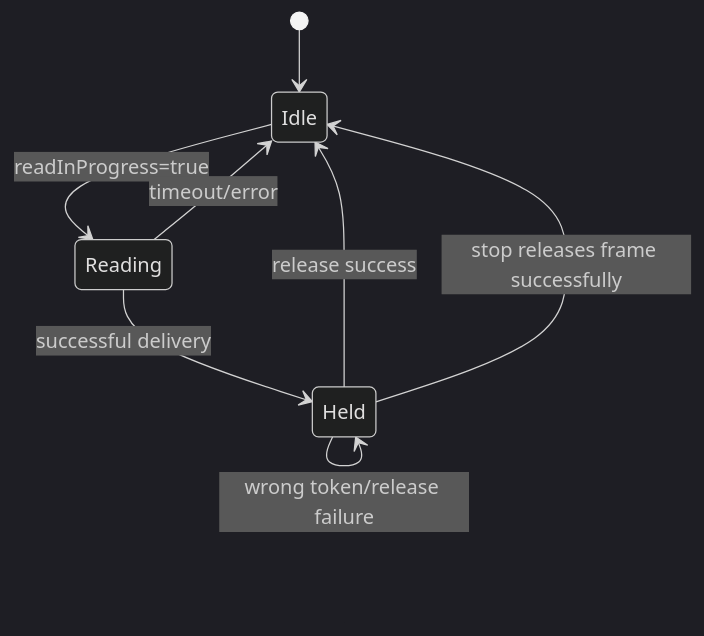
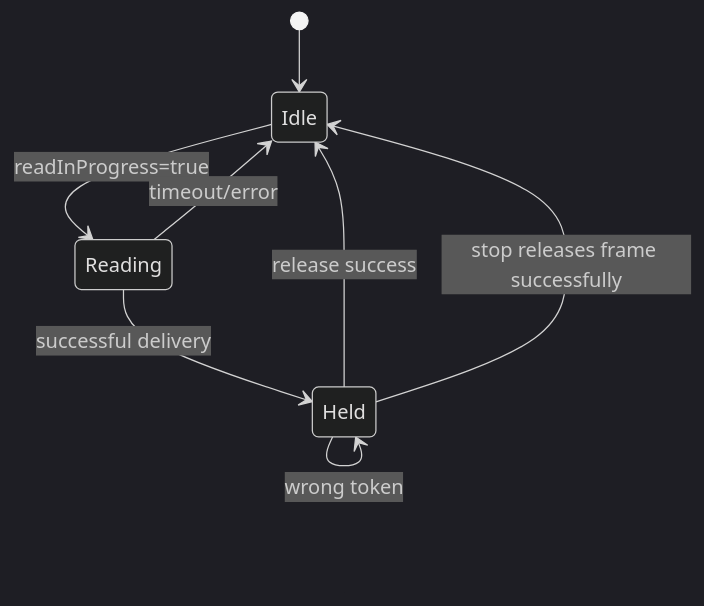
One commit to MarquezLin/GVFG_Standalone changed the third of 3 diagrams in docs/GVFG_FRAME_FLOW_AND_STATE.md. Above: the diagram before and after it, drawn with Mermaid (dark theme). The commit also changed other lines of this file and 26 other files, not shown here.

````diff
--- a/docs/GVFG_FRAME_FLOW_AND_STATE.md
+++ b/docs/GVFG_FRAME_FLOW_AND_STATE.md
@@ -235,11 +232,11 @@
 ```mermaid
 stateDiagram-v2
     [*] --> Idle
     Idle --> Reading: readInProgress=true
     Reading --> Idle: timeout/error
     Reading --> Held: successful delivery
     Held --> Held: another read rejected
-    Held --> Held: wrong token/release failure
+    Held --> Held: wrong token
     Held --> Idle: release success
     Held --> Idle: stop releases frame successfully
 ```
````
